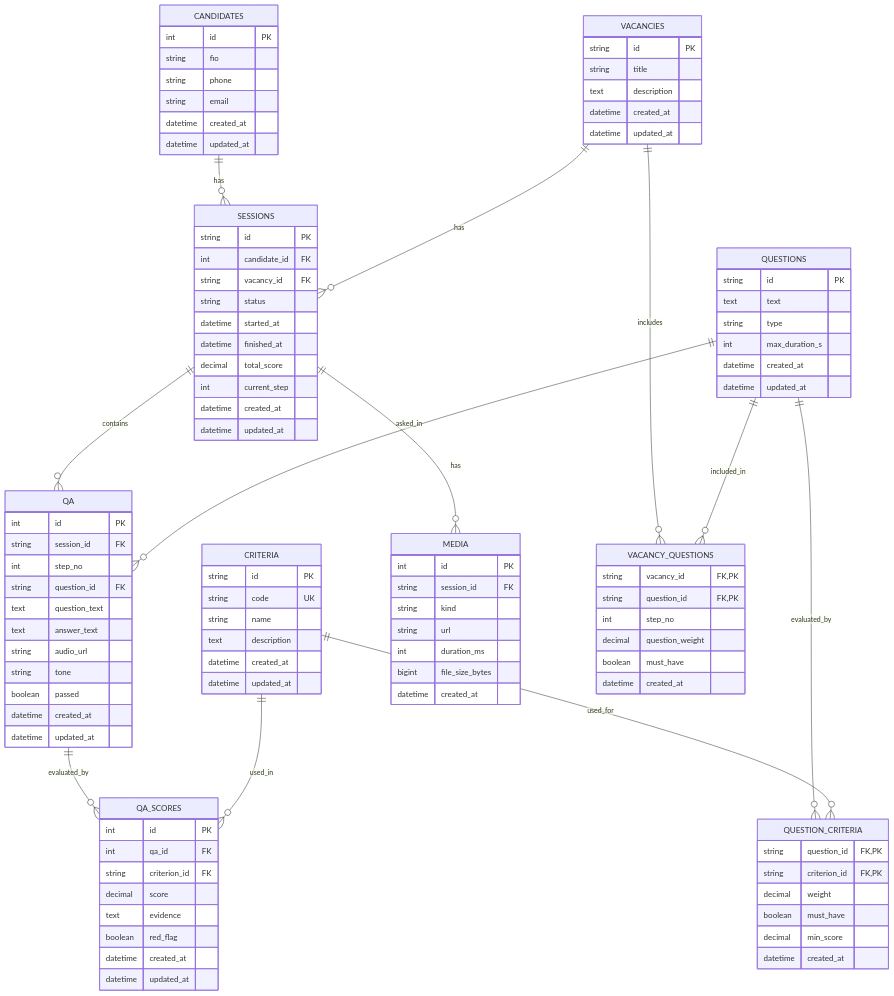
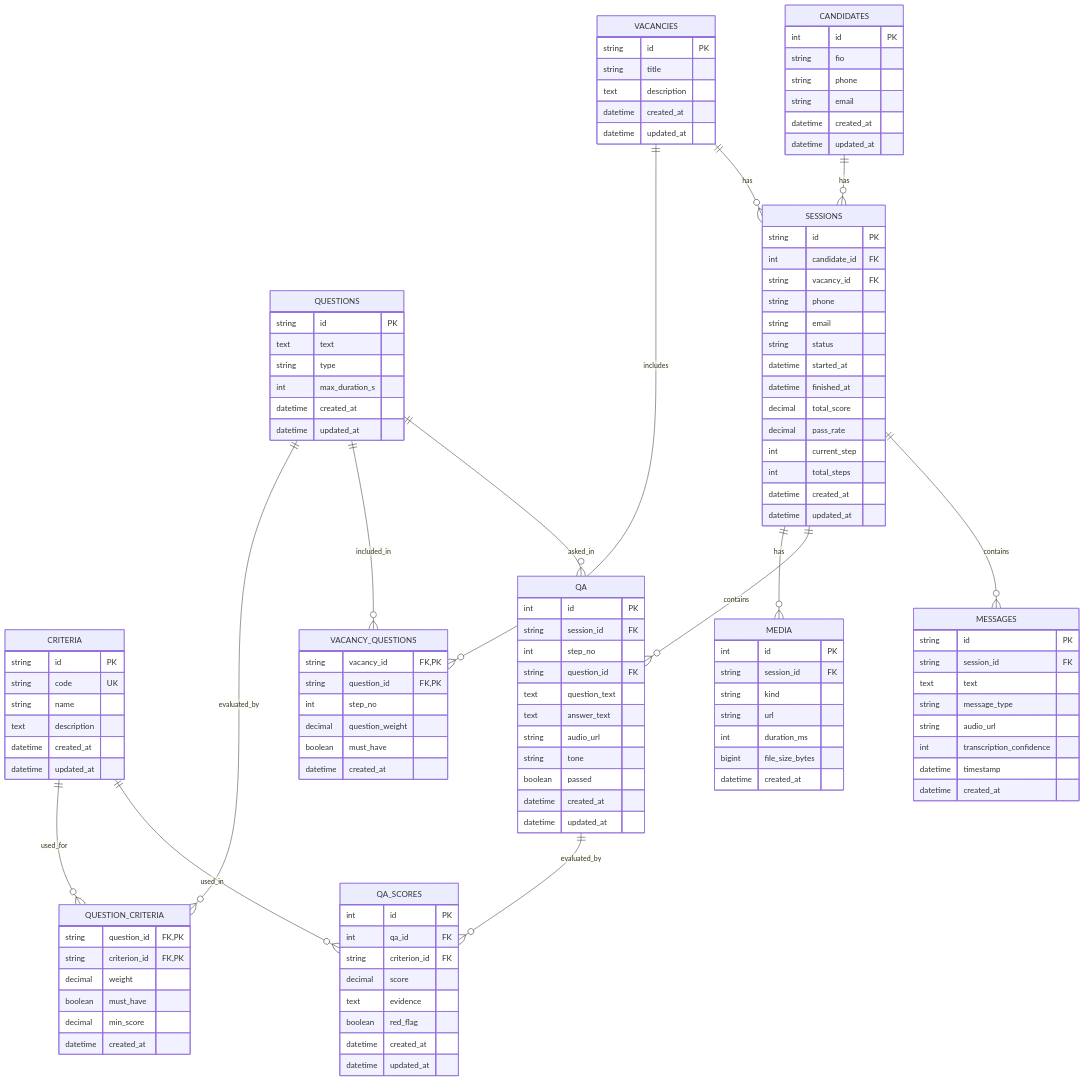
The diagram in docs/er_diagram.md (chudo9991/more.tech.2025), drawn with Mermaid before and after one commit. The commit also changed other lines of this file and 73 other files, not shown here.

```diff
--- a/docs/er_diagram.md
+++ b/docs/er_diagram.md
@@ -43,13 +43,28 @@
         string id PK
         int candidate_id FK
         string vacancy_id FK
+        string phone
+        string email
         string status
         datetime started_at
         datetime finished_at
         decimal total_score
+        decimal pass_rate
         int current_step
+        int total_steps
         datetime created_at
         datetime updated_at
+    }
+
+    MESSAGES {
+        string id PK
+        string session_id FK
+        text text
+        string message_type
+        string audio_url
+        int transcription_confidence
+        datetime timestamp
+        datetime created_at
     }
 
     QA {
@@ -107,6 +122,7 @@
 
     CANDIDATES ||--o{ SESSIONS : "has"
     VACANCIES ||--o{ SESSIONS : "has"
+    SESSIONS ||--o{ MESSAGES : "contains"
     SESSIONS ||--o{ QA : "contains"
     SESSIONS ||--o{ MEDIA : "has"
     QUESTIONS ||--o{ QA : "asked_in"
```
